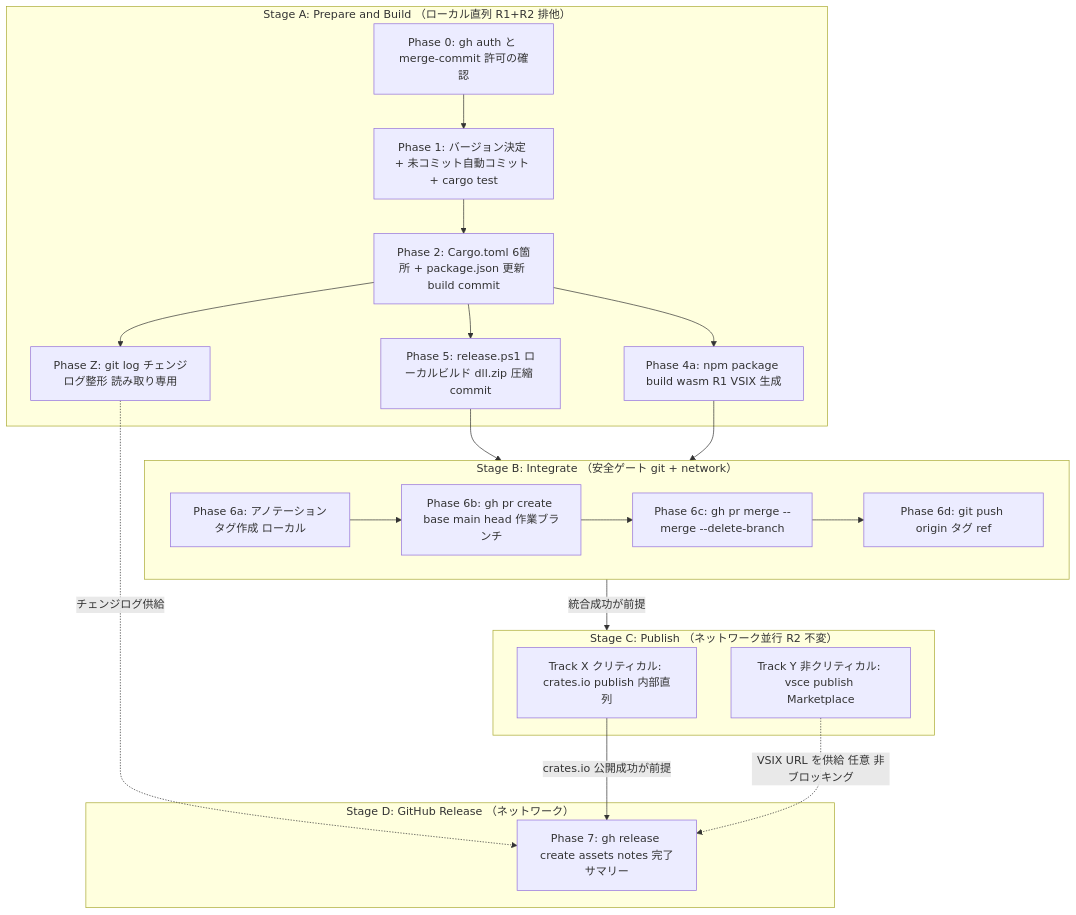
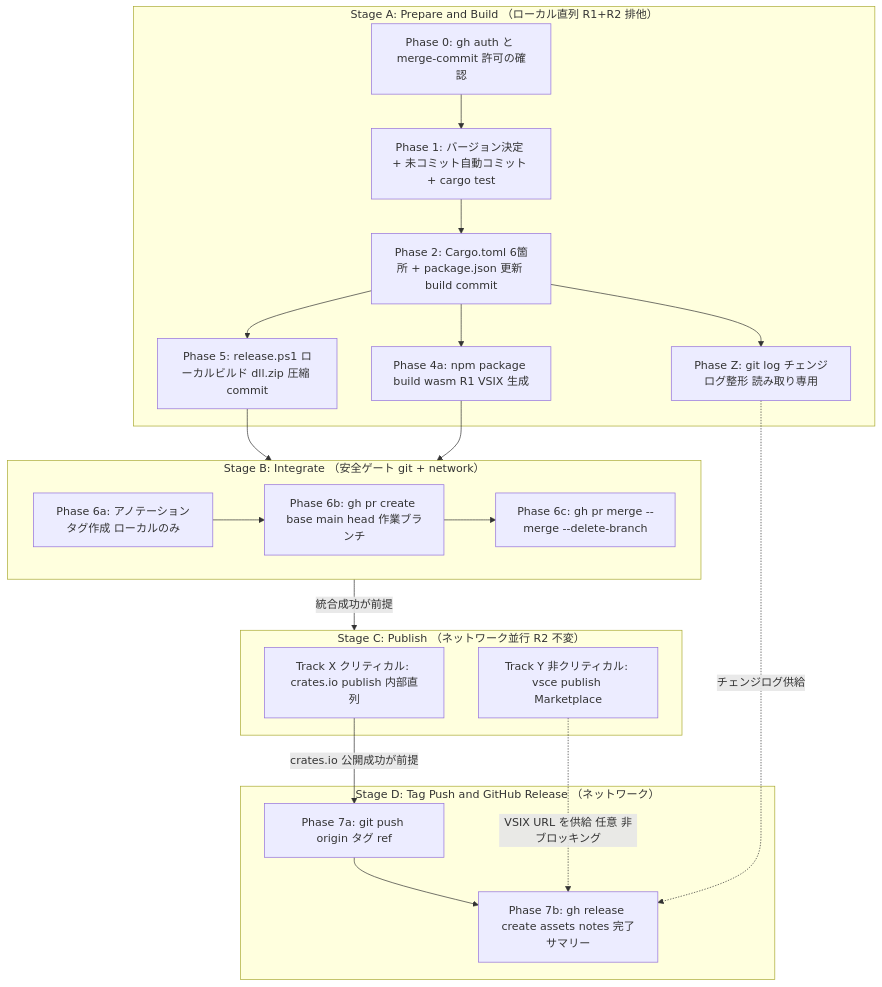
Before and after one commit to ekicyou/pasta: the first of 3 diagrams in .kiro/specs/release-workflow/design.md, drawn with Mermaid. The commit also changed other lines of this file and 2 other files, not shown here.

Commit message:
docs(release-workflow): resolve design discussion #3 - defer tag push to post-publish (Stage D)

````diff
--- a/.kiro/specs/release-workflow/design.md
+++ b/.kiro/specs/release-workflow/design.md
@@ -117,39 +118,40 @@
 ```mermaid
 graph TB
     subgraph StageA ["Stage A: Prepare and Build （ローカル直列 R1+R2 排他）"]
         A0[Phase 0: gh auth と merge-commit 許可の確認]
         A1[Phase 1: バージョン決定 + 未コミット自動コミット + cargo test]
         A2[Phase 2: Cargo.toml 6箇所 + package.json 更新 build commit]
         A3[Phase 5: release.ps1 ローカルビルド dll.zip 圧縮 commit]
         A4[Phase 4a: npm package build wasm R1 VSIX 生成]
         AZ[Phase Z: git log チェンジログ整形 読み取り専用]
         A0 --> A1 --> A2
         A2 --> A3
         A2 --> A4
         A2 --> AZ
     end
 
     subgraph StageB ["Stage B: Integrate （安全ゲート git + network）"]
-        B1[Phase 6a: アノテーションタグ作成 ローカル]
+        B1[Phase 6a: アノテーションタグ作成 ローカルのみ]
         B2[Phase 6b: gh pr create base main head 作業ブランチ]
         B3[Phase 6c: gh pr merge --merge --delete-branch]
-        B4[Phase 6d: git push origin タグ ref]
-        B1 --> B2 --> B3 --> B4
+        B1 --> B2 --> B3
     end
 
     subgraph StageC ["Stage C: Publish （ネットワーク並行 R2 不変）"]
         CX[Track X クリティカル: crates.io publish 内部直列]
         CY[Track Y 非クリティカル: vsce publish Marketplace]
     end
 
-    subgraph StageD ["Stage D: GitHub Release （ネットワーク）"]
-        D1[Phase 7: gh release create assets notes 完了サマリー]
+    subgraph StageD ["Stage D: Tag Push and GitHub Release （ネットワーク）"]
+        D0[Phase 7a: git push origin タグ ref]
+        D1[Phase 7b: gh release create assets notes 完了サマリー]
+        D0 --> D1
     end
 
     A3 --> StageB
     A4 --> StageB
     AZ -.->|チェンジログ供給| D1
     StageB -->|統合成功が前提| StageC
-    CX -->|crates.io 公開成功が前提| D1
+    CX -->|crates.io 公開成功が前提| D0
     CY -.->|VSIX URL を供給 任意 非ブロッキング| D1
 ```
````
